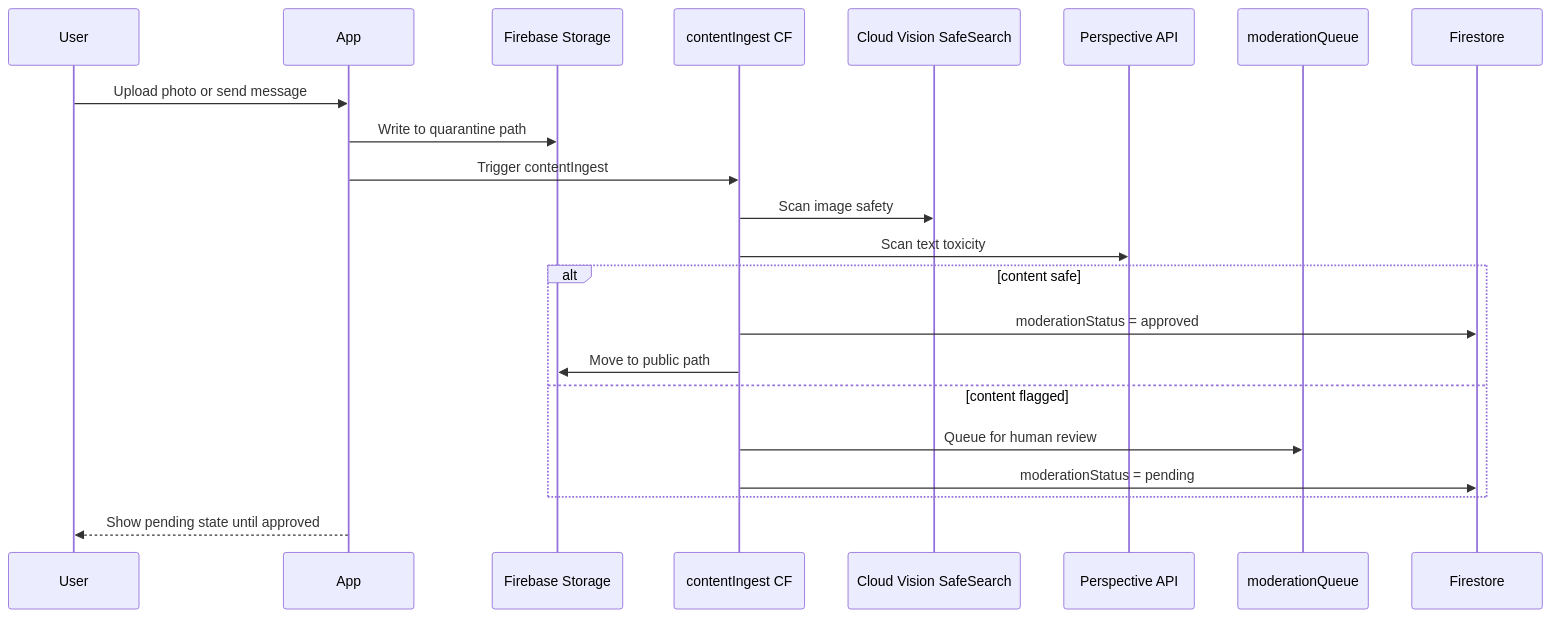
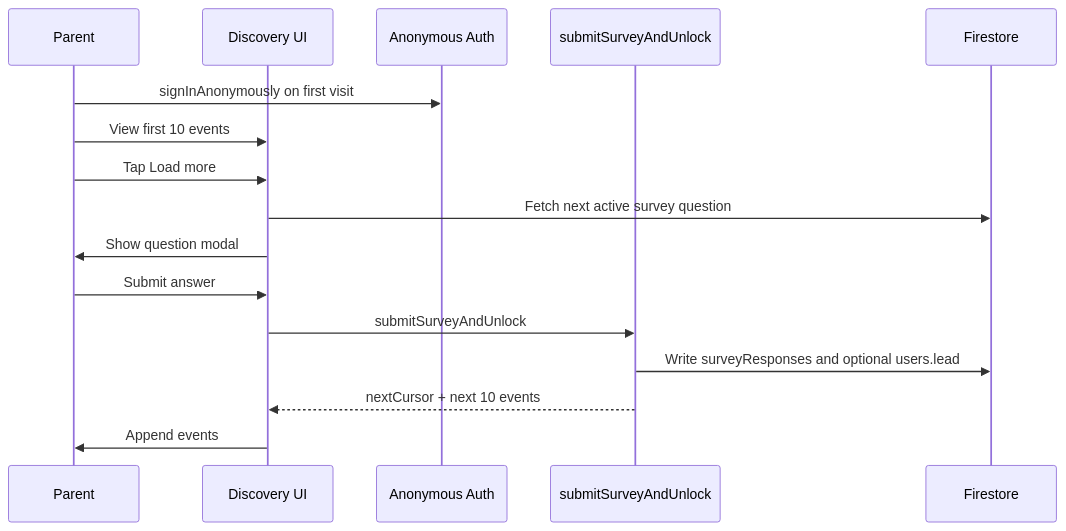
Before and after one commit to smmoose1/recess: the second of 3 diagrams in PLAN.md, drawn with Mermaid. The commit also changed other lines of this file and 64 other files, not shown here.

````diff
--- a/PLAN.md
+++ b/PLAN.md
@@ -593,25 +314,19 @@
 ```mermaid
 sequenceDiagram
-    participant User
-    participant App
-    participant Storage as Firebase Storage
-    participant Ingest as contentIngest CF
-    participant Vision as Cloud Vision SafeSearch
-    participant Perspective as Perspective API
-    participant ModQueue as moderationQueue
-    participant Firestore
+    participant U as Parent
+    participant UI as Discovery UI
+    participant Auth as Anonymous Auth
+    participant CF as submitSurveyAndUnlock
+    participant FS as Firestore
 
-    User->>App: Upload photo or send message
-    App->>Storage: Write to quarantine path
-    App->>Ingest: Trigger contentIngest
-    Ingest->>Vision: Scan image safety
-    Ingest->>Perspective: Scan text toxicity
-    alt content safe
-        Ingest->>Firestore: moderationStatus = approved
-        Ingest->>Storage: Move to public path
-    else content flagged
-        Ingest->>ModQueue: Queue for human review
-        Ingest->>Firestore: moderationStatus = pending
-    end
-    App-->>User: Show pending state until approved
+    U->>Auth: signInAnonymously on first visit
+    U->>UI: View first 10 events
+    U->>UI: Tap Load more
+    UI->>FS: Fetch next active survey question
+    UI->>U: Show question modal
+    U->>UI: Submit answer
+    UI->>CF: submitSurveyAndUnlock
+    CF->>FS: Write surveyResponses and optional users.lead
+    CF-->>UI: nextCursor + next 10 events
+    UI->>U: Append events
 ```
````
